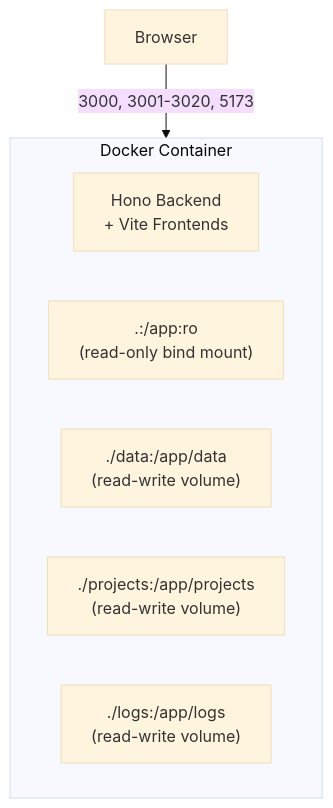
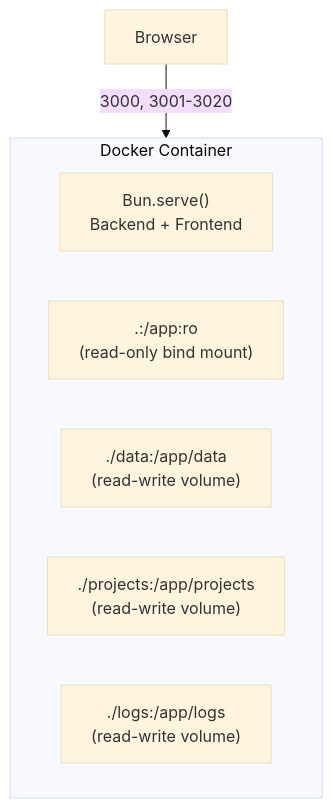
The fourth of 4 diagrams in docs/adr/005-preview-isolation-docker.md (anthonybaldwin/page-gen), drawn with Mermaid (base theme) before and after one commit. The commit also changed other lines of this file and 32 other files, not shown here.

First line of the commit message:
refactor: replace Vite with Bun's built-in dev server

````diff
--- a/docs/adr/005-preview-isolation-docker.md
+++ b/docs/adr/005-preview-isolation-docker.md
@@ -102,12 +102,12 @@
 ```mermaid
 graph TB
   subgraph Container["Docker Container"]
-    App["Hono Backend<br>+ Vite Frontends"]
+    App["Bun.serve()<br>Backend + Frontend"]
     Source[".:/app:ro<br>(read-only bind mount)"]
     Data["./data:/app/data<br>(read-write volume)"]
     Projects["./projects:/app/projects<br>(read-write volume)"]
     Logs["./logs:/app/logs<br>(read-write volume)"]
   end
 
-  Browser["Browser"] -->|"3000, 3001-3020, 5173"| Container
+  Browser["Browser"] -->|"3000, 3001-3020"| Container
 ```
````
